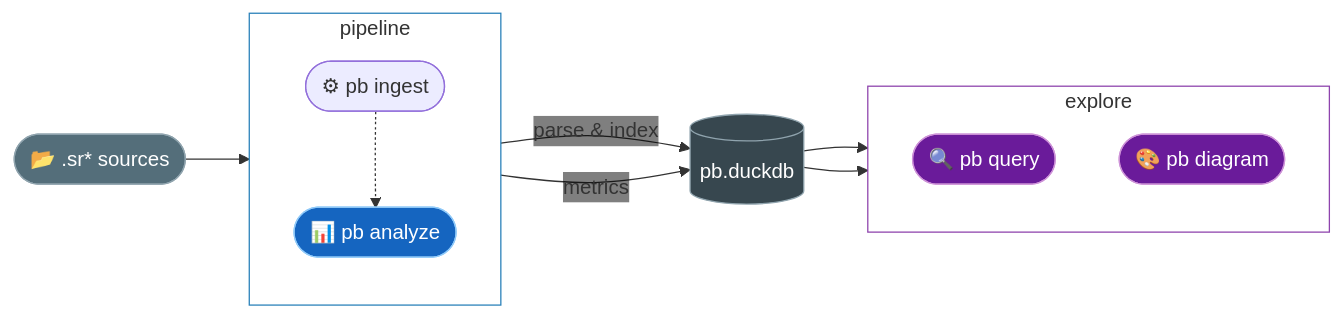
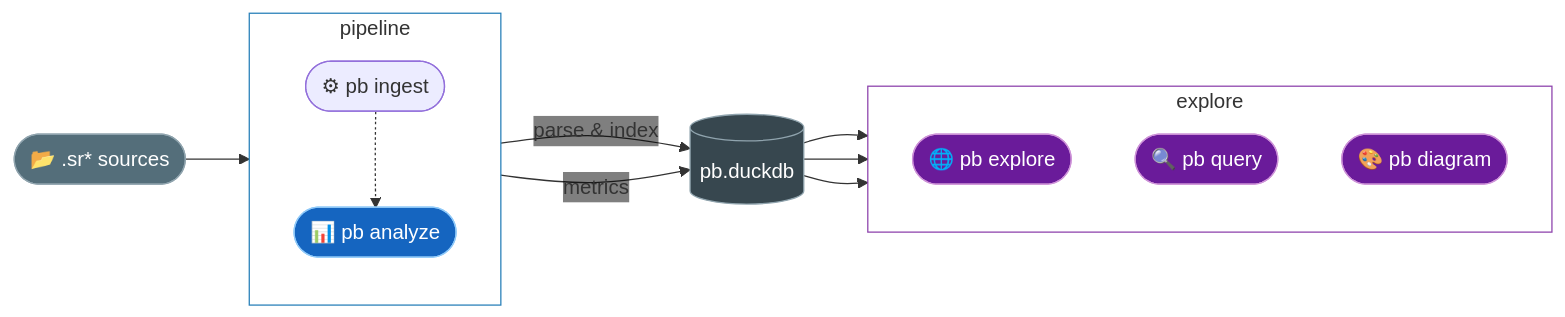
Before and after one commit to thomasmarsh/pb: the diagram in README.md, drawn with Mermaid. The commit also changed other lines of this file and 36 other files, not shown here.

````diff
--- a/README.md
+++ b/README.md
@@ -9,39 +9,41 @@
 ```mermaid
 %%{init: {'themeVariables': {'edgeLabelBackground': 'transparent'}}}%%
 flowchart LR
     src(["📂 .sr* sources"])
 
     subgraph pipeline["  pipeline  "]
         direction TB
         ingest(["⚙ pb ingest"])
         analyze(["📊 pb analyze"])
         ingest -.-> analyze
     end
 
     db[("pb.duckdb")]
 
     subgraph explore["  explore  "]
         direction TB
+        web(["🌐 pb explore"])
         query(["🔍 pb query "])
         diagram(["🎨 pb diagram"])
     end
 
     src     --> ingest
     ingest  -- parse & index --> db
     analyze -- metrics       --> db
+    db      --> web
     db      --> query
     db      --> diagram
 
     style pipeline fill:transparent,stroke:#2980b9
     style explore  fill:transparent,stroke:#8e44ad
 
     classDef src fill:#546e7a,stroke:#90a4ae,color:#fff
     classDef cmd fill:#1565c0,stroke:#90caf9,color:#fff
     classDef db  fill:#37474f,stroke:#90a4ae,color:#fff
     classDef out fill:#6a1b9a,stroke:#ce93d8,color:#fff
 
     class src src
     class run,analyze cmd
     class db db
-    class query,diagram out
+    class web,query,diagram out
 ```
````
